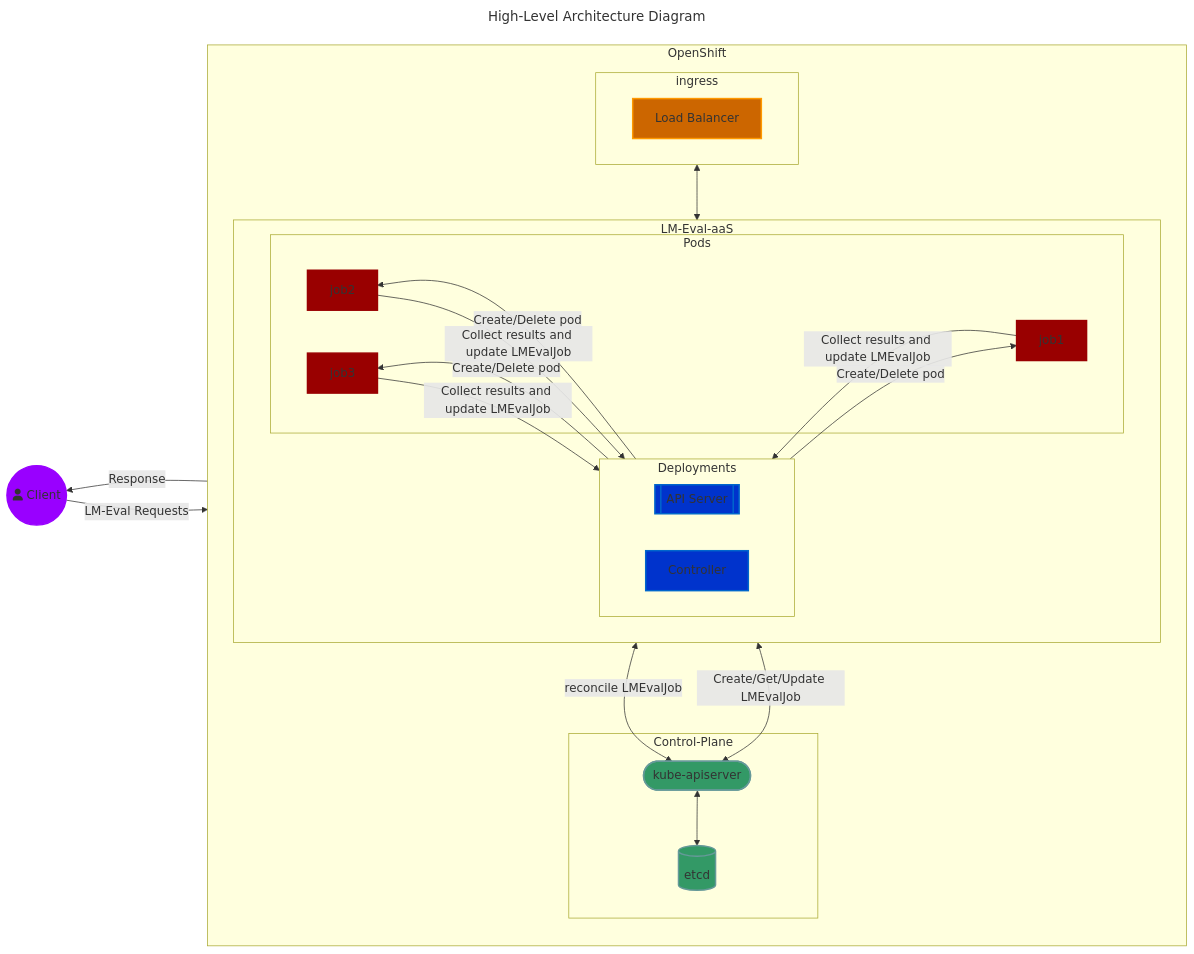
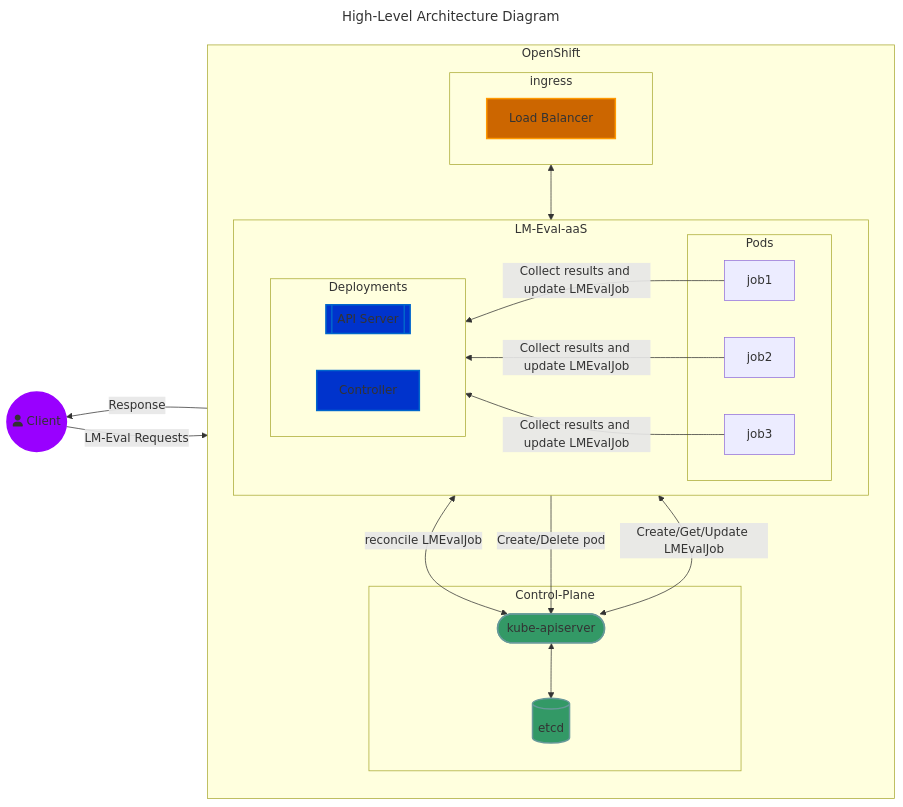
One commit to foundation-model-stack/fms-lm-eval-service changed the first of 2 diagrams in backend/README.md. Above: the diagram before and after it, drawn with Mermaid.

Commit message:
Update README.md
The controller calls the k8s api server to create/delete jobs' pods.

````diff
--- a/backend/README.md
+++ b/backend/README.md
@@ -20,44 +20,44 @@
 ```mermaid
 ---
 title: High-Level Architecture Diagram
 ---
 flowchart RL
     A((fa:fa-user Client))
     classDef client fill:#9900ff,stroke:#9900ff,stroke-width:2px
     A:::client --> |LM-Eval Requests| OpenShift
     OpenShift --> |Response| A
     subgraph OpenShift
         direction TB
         subgraph ingress
             direction LR
             B[Load Balancer]
             classDef ocingress fill:#cc6600,stroke:#ff9900,stroke-width:2px
         end
         B:::ocingress <--> C
         subgraph LM-Eval-aaS
             direction RL
             subgraph Deployments
                 direction LR
                 C[[API Server]]
                 D[Controller]
                 classDef deploy fill:#0033cc,stroke:#0066cc,stroke-width:2px
             end
             subgraph Pods
                 G1[job1]
                 G2[job2]
                 G3[job3]
                 classDef pod fill:#990000,stroke:#990000,stroke-width:2px
             end
-            D --> |Create/Delete pod| G1:::pod & G2:::pod & G3:::pod
         end
         subgraph Control-Plane
             E[(etcd)]
             F([kube-apiserver])
             classDef control fill:#339966,stroke:#669999,stroke-width:2px
         end
         D:::deploy <--> |reconcile LMEvalJob| F:::control
+        D --> |Create/Delete pod| F:::control
         C:::deploy <--> |Create/Get/Update LMEvalJob| F
         G1 & G2 & G3 --> |Collect results and update LMEvalJob| D
         F <--> E:::control
     end
 ```
````
